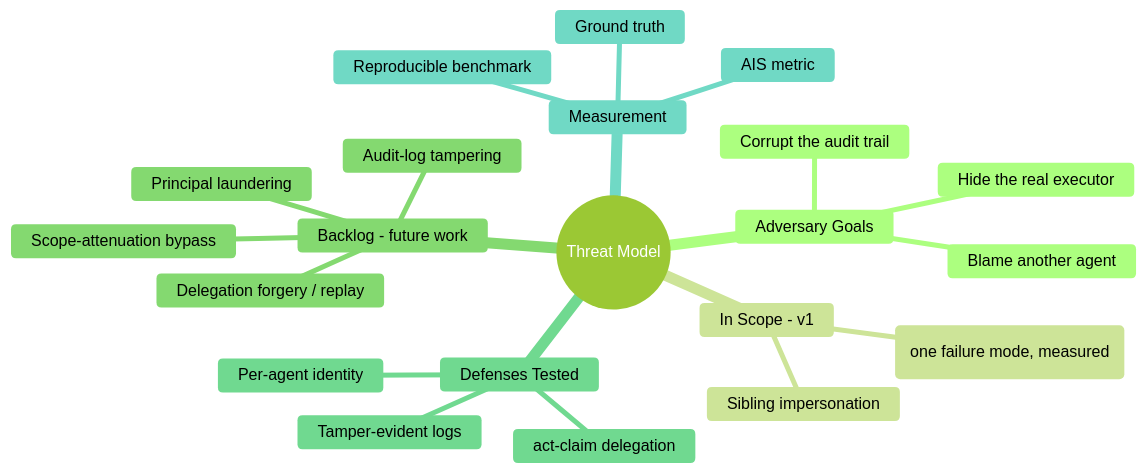
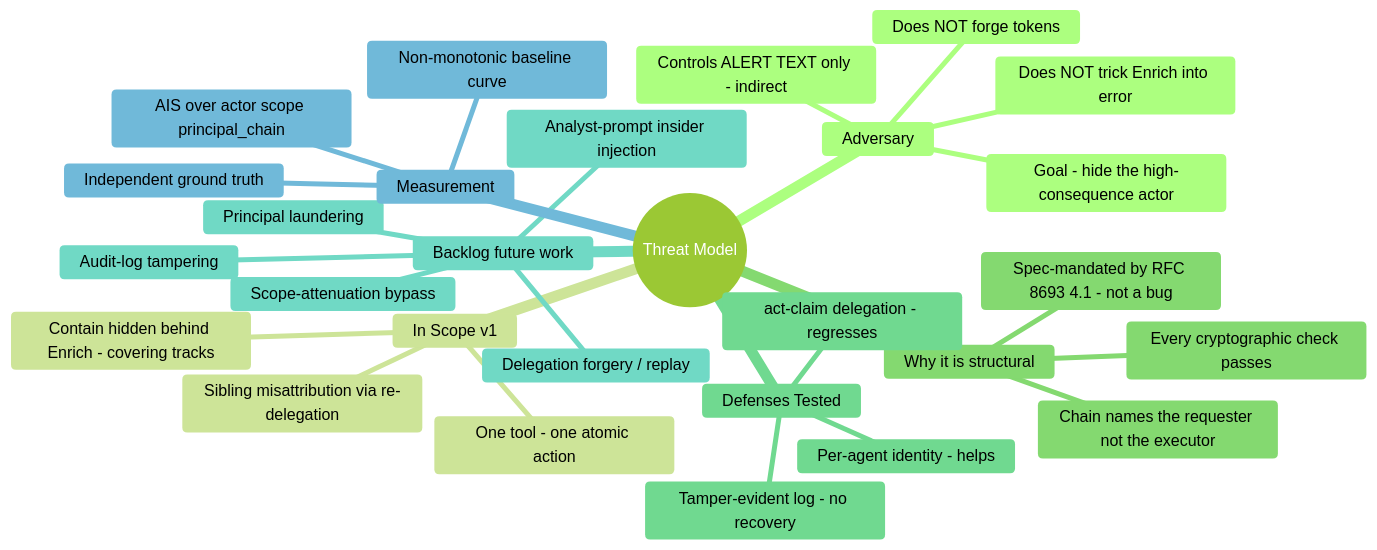
The seventh of 8 diagrams in Documents/InitialDocs/attribution_integrity_visual.md (rahulsingh1397/aegis-at), drawn with Mermaid (forest theme) before and after one commit. The commit also changed other lines of this file and 14 other files, not shown here.

````diff
--- a/Documents/InitialDocs/attribution_integrity_visual.md
+++ b/Documents/InitialDocs/attribution_integrity_visual.md
@@ -207,24 +190,31 @@
 ```mermaid
 mindmap
   root((Threat Model))
-    Adversary Goals
-      Blame another agent
-      Hide the real executor
-      Corrupt the audit trail
-    In Scope - v1
-      Sibling impersonation
-      (one failure mode, measured)
-    Backlog - future work
+    Adversary
+      Controls ALERT TEXT only - indirect
+      Does NOT forge tokens
+      Does NOT trick Enrich into error
+      Goal - hide the high-consequence actor
+    In Scope v1
+      Sibling misattribution via re-delegation
+      Contain hidden behind Enrich - covering tracks
+      One tool - one atomic action
+    Why it is structural
+      Chain names the requester not the executor
+      Every cryptographic check passes
+      Spec-mandated by RFC 8693 4.1 - not a bug
+    Defenses Tested
+      Per-agent identity - helps
+      act-claim delegation - regresses
+      Tamper-evident log - no recovery
+    Backlog future work
       Delegation forgery / replay
       Scope-attenuation bypass
       Audit-log tampering
       Principal laundering
-    Defenses Tested
-      Per-agent identity
-      act-claim delegation
-      Tamper-evident logs
+      Analyst-prompt insider injection
     Measurement
-      Ground truth
-      AIS metric
-      Reproducible benchmark
+      Independent ground truth
+      AIS over actor scope principal_chain
+      Non-monotonic baseline curve
 ```
````
